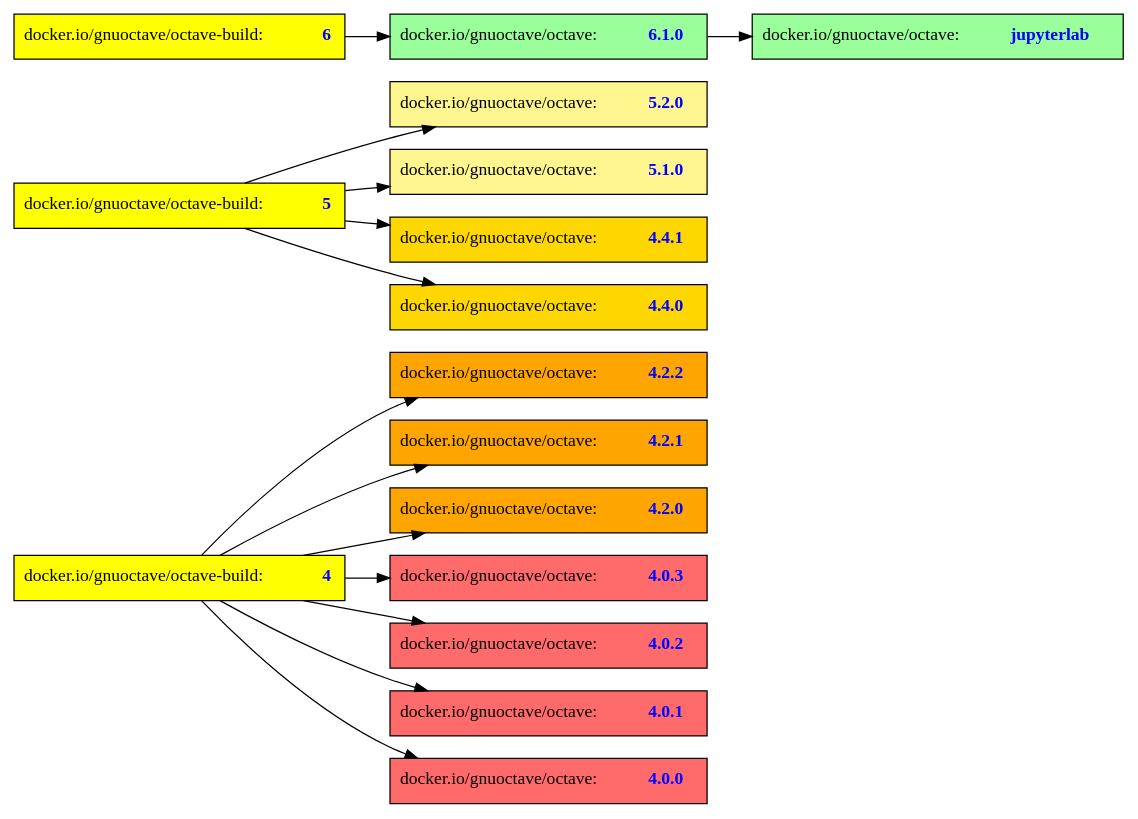
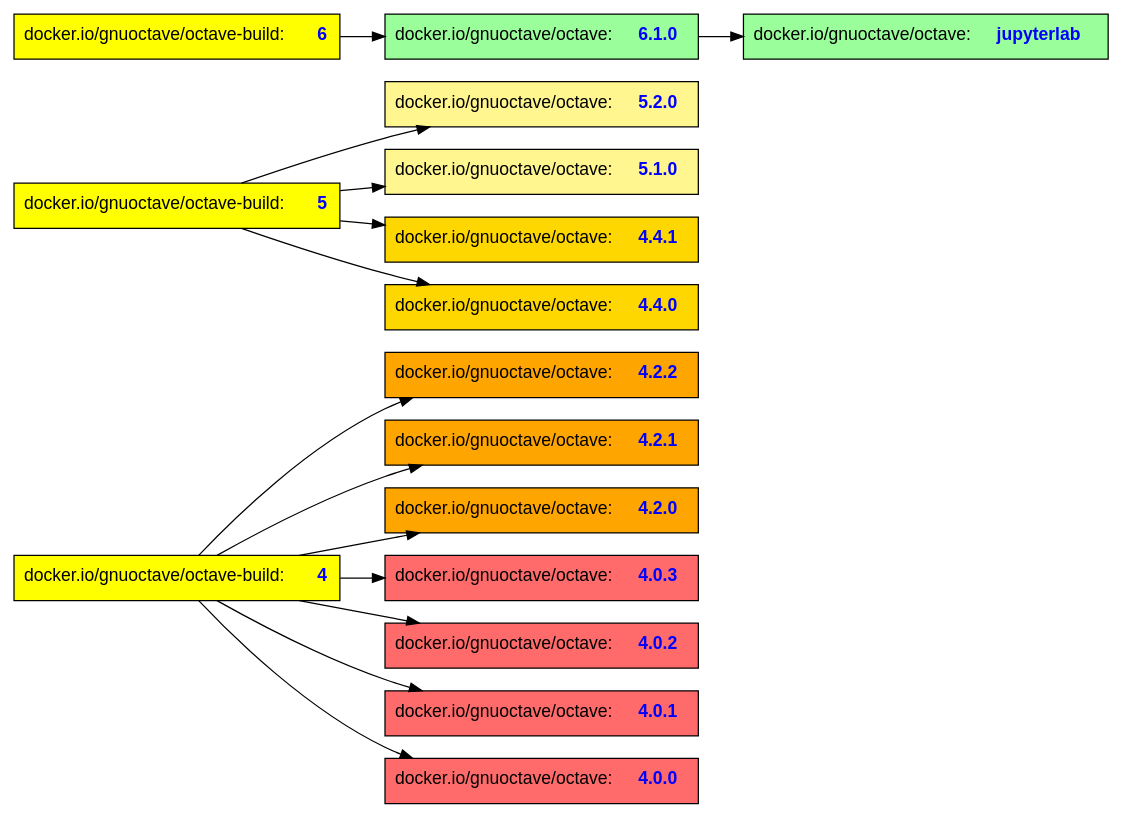
One commit to gnu-octave/docker changed the diagram in doc/docker_image_hierachy.dot. Above: the diagram before and after it, drawn with Graphviz. The commit also changed 1 other file, not shown here.

```diff
--- a/doc/docker_image_hierachy.dot
+++ b/doc/docker_image_hierachy.dot
@@ -1,37 +1,37 @@
 digraph hierarchy {
   rankdir="LR";
-  node [shape=box style=filled fillcolor=yellow];
+  node [shape=box style=filled fillcolor=yellow fontname="helvetica"];
   b4 [label=<docker.io/gnuoctave/octave-build:<B><FONT color='blue'>4</FONT></B>>];
   b5 [label=<docker.io/gnuoctave/octave-build:<B><FONT color='blue'>5</FONT></B>>];
   b6 [label=<docker.io/gnuoctave/octave-build:<B><FONT color='blue'>6</FONT></B>>];
   node [fillcolor=palegreen1];
   jupyterlab [label=<docker.io/gnuoctave/octave:<B><FONT color='blue'>jupyterlab</FONT></B>>];
   v610 [label=<docker.io/gnuoctave/octave:<B><FONT color='blue'>6.1.0</FONT></B>>];
   node [fillcolor=khaki1];
   v520 [label=<docker.io/gnuoctave/octave:<B><FONT color='blue'>5.2.0</FONT></B>>];
   v510 [label=<docker.io/gnuoctave/octave:<B><FONT color='blue'>5.1.0</FONT></B>>];
   node [fillcolor=gold];
   v441 [label=<docker.io/gnuoctave/octave:<B><FONT color='blue'>4.4.1</FONT></B>>];
   v440 [label=<docker.io/gnuoctave/octave:<B><FONT color='blue'>4.4.0</FONT></B>>];
   node [fillcolor=orange];
   v422 [label=<docker.io/gnuoctave/octave:<B><FONT color='blue'>4.2.2</FONT></B>>];
   v421 [label=<docker.io/gnuoctave/octave:<B><FONT color='blue'>4.2.1</FONT></B>>];
   v420 [label=<docker.io/gnuoctave/octave:<B><FONT color='blue'>4.2.0</FONT></B>>];
   node [fillcolor=indianred1];
   v403 [label=<docker.io/gnuoctave/octave:<B><FONT color='blue'>4.0.3</FONT></B>>];
   v402 [label=<docker.io/gnuoctave/octave:<B><FONT color='blue'>4.0.2</FONT></B>>];
   v401 [label=<docker.io/gnuoctave/octave:<B><FONT color='blue'>4.0.1</FONT></B>>];
   v400 [label=<docker.io/gnuoctave/octave:<B><FONT color='blue'>4.0.0</FONT></B>>];
   b4 -> v422
   b4 -> v421
   b4 -> v420
   b4 -> v403
   b4 -> v402
   b4 -> v401
   b4 -> v400
   b5 -> v520
   b5 -> v510
   b5 -> v441
   b5 -> v440
   b6 -> v610 -> jupyterlab
 }
```
